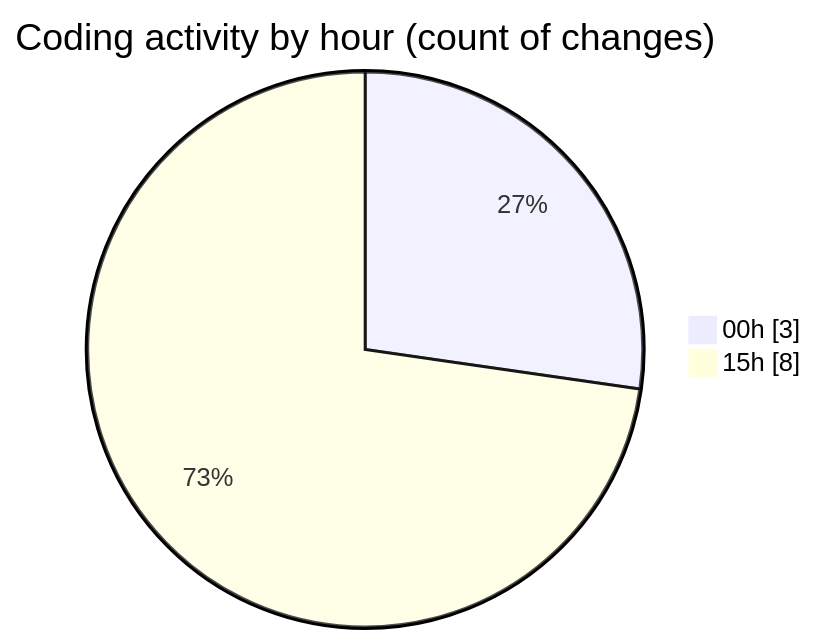
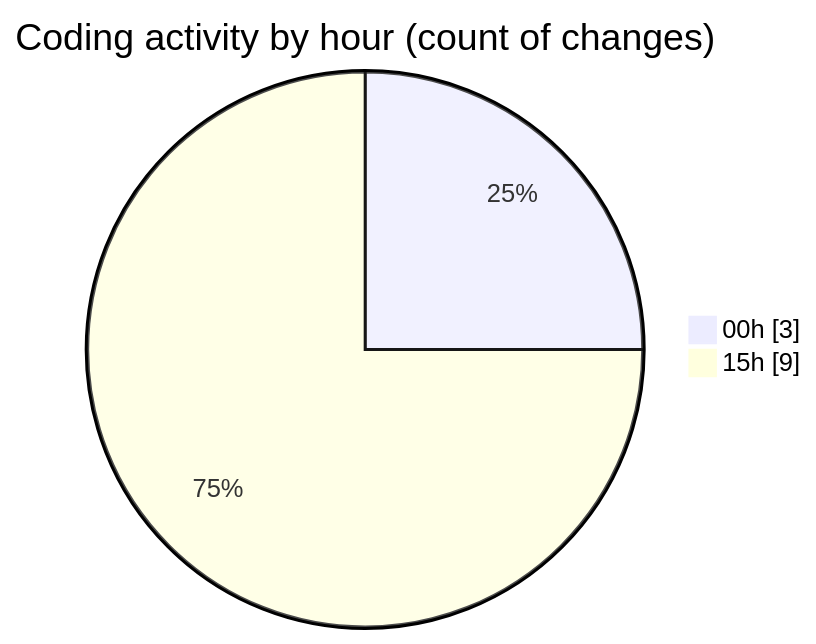
One commit to idhammustaqopulfikri/code-tracking changed the second of 2 diagrams in 2025-03-30/autodidak/README.md. Above: the diagram before and after it, drawn with Mermaid. The commit also changed other lines of this file and 1 other file, not shown here.

````diff
--- a/2025-03-30/autodidak/README.md
+++ b/2025-03-30/autodidak/README.md
@@ -33,6 +34,6 @@
 ```mermaid
 pie showData
 title Coding activity by hour (count of changes)
 "00h" : 3
-"15h" : 8
+"15h" : 9
 ```
````
